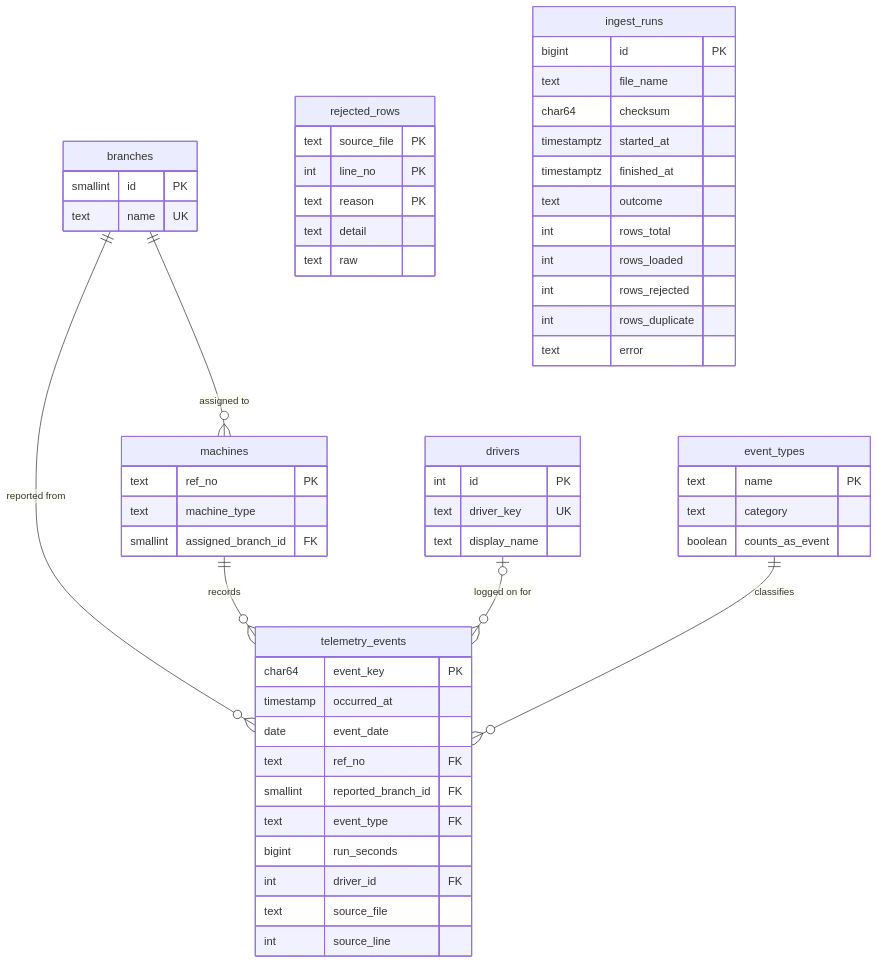
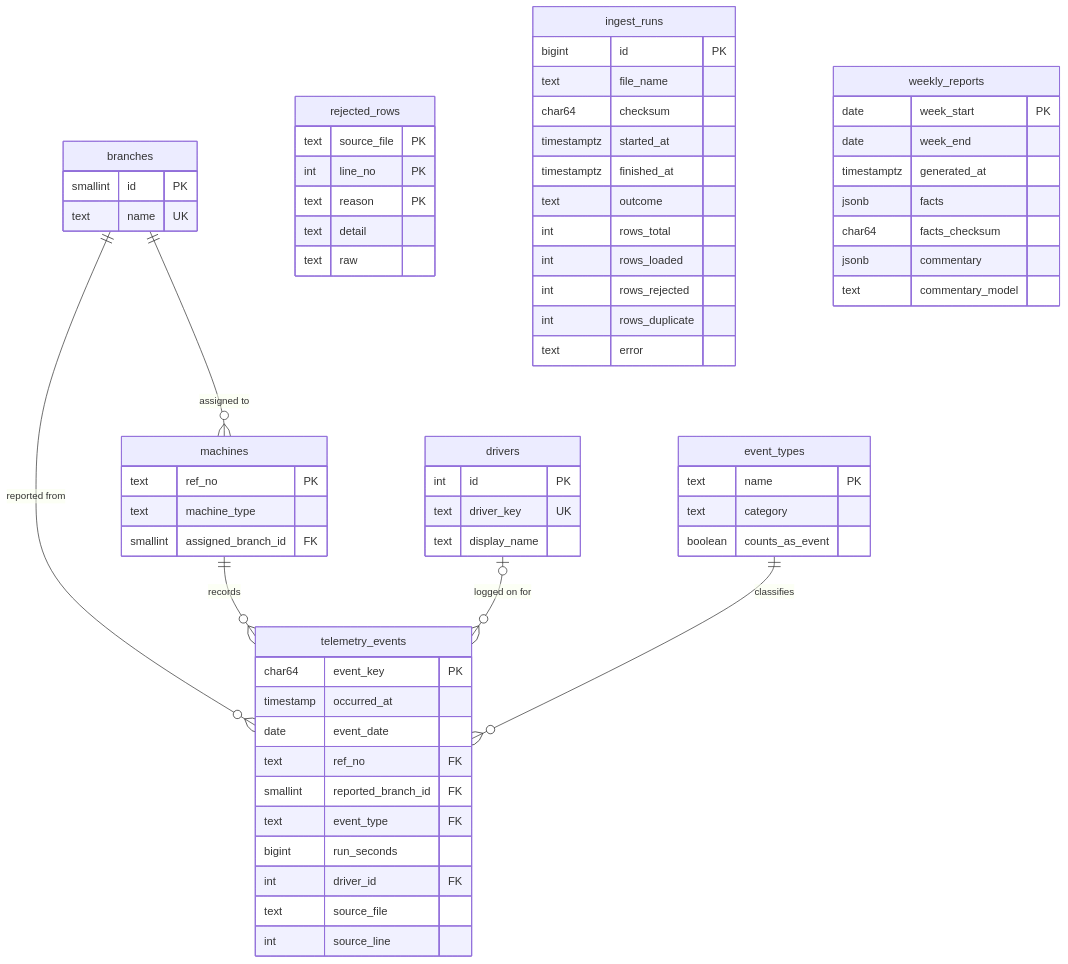
One commit to Murci20965/ridgeback-fleet changed the diagram in docs/data_model.md. Above: the diagram before and after it, drawn with Mermaid. The commit also changed other lines of this file and 12 other files, not shown here.

````diff
--- a/docs/data_model.md
+++ b/docs/data_model.md
@@ -5,60 +5,69 @@
 ```mermaid
 erDiagram
     branches ||--o{ machines : "assigned to"
     branches ||--o{ telemetry_events : "reported from"
     machines ||--o{ telemetry_events : records
     drivers |o--o{ telemetry_events : "logged on for"
     event_types ||--o{ telemetry_events : classifies
 
     branches {
         smallint id PK
         text name UK
     }
     machines {
         text ref_no PK
         text machine_type
         smallint assigned_branch_id FK
     }
     drivers {
         int id PK
         text driver_key UK
         text display_name
     }
     event_types {
         text name PK
         text category
         boolean counts_as_event
     }
     telemetry_events {
         char64 event_key PK
         timestamp occurred_at
         date event_date
         text ref_no FK
         smallint reported_branch_id FK
         text event_type FK
         bigint run_seconds
         int driver_id FK
         text source_file
         int source_line
     }
     rejected_rows {
         text source_file PK
         int line_no PK
         text reason PK
         text detail
         text raw
     }
     ingest_runs {
         bigint id PK
         text file_name
         char64 checksum
         timestamptz started_at
         timestamptz finished_at
         text outcome
         int rows_total
         int rows_loaded
         int rows_rejected
         int rows_duplicate
         text error
     }
+    weekly_reports {
+        date week_start PK
+        date week_end
+        timestamptz generated_at
+        jsonb facts
+        char64 facts_checksum
+        jsonb commentary
+        text commentary_model
+    }
 ```
````
